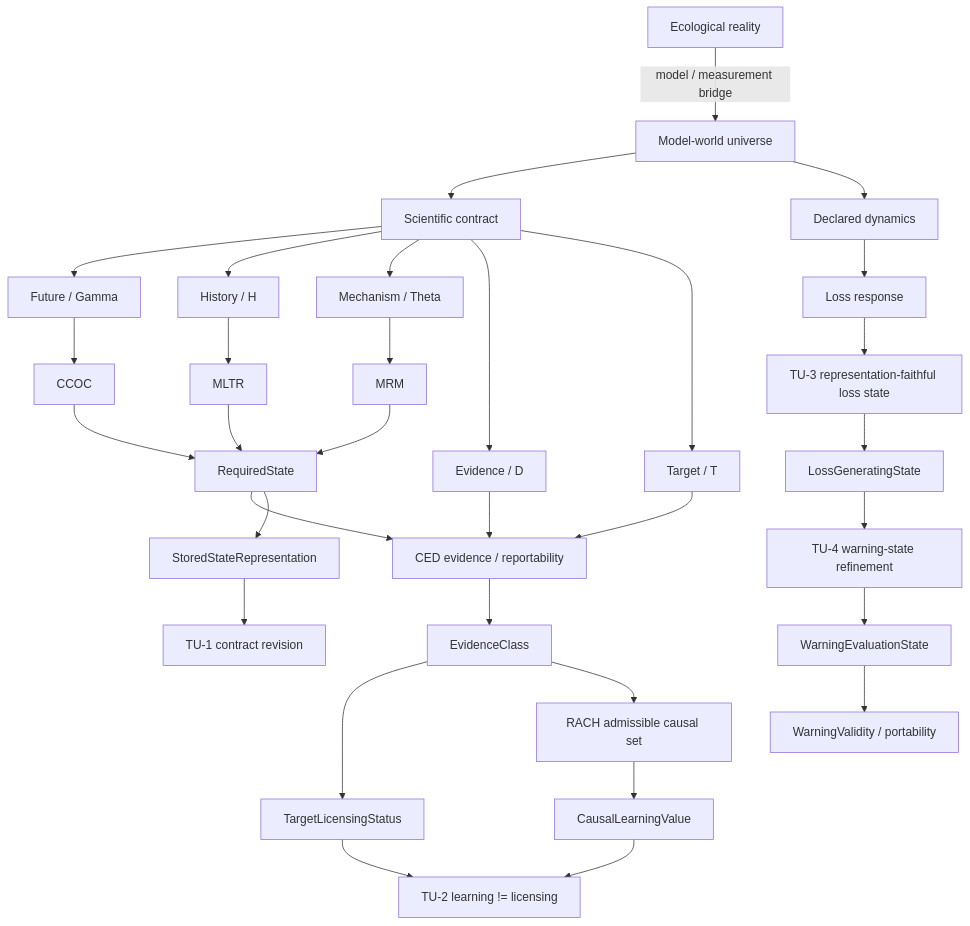
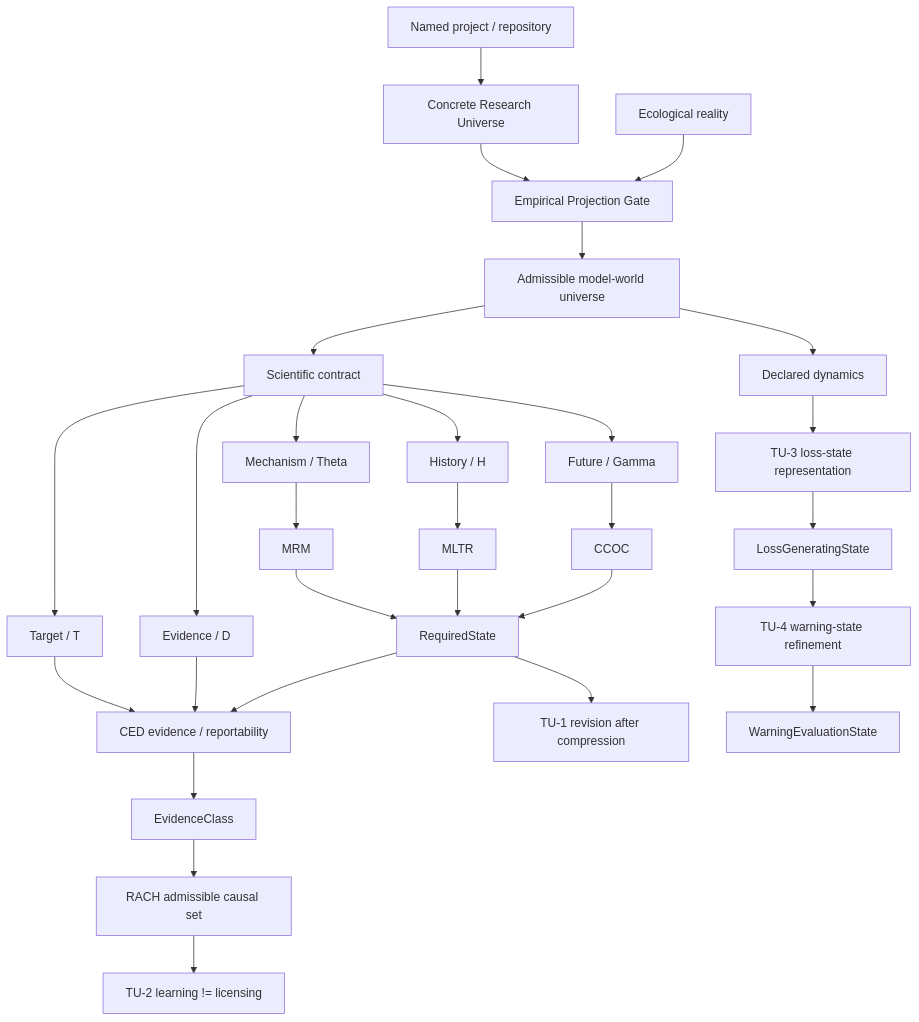
One commit to zuizui0223/theouni changed the diagram in README.md. Above: the diagram before and after it, drawn with Mermaid. The commit also changed other lines of this file, not shown here.

Commit message:
Expose four-layer theoretical and concrete research architecture

````diff
--- a/README.md
+++ b/README.md
@@ -28,39 +45,37 @@
 ```mermaid
 flowchart TD
-    R[Ecological reality] -->|model / measurement bridge| W[Model-world universe]
+    R[Ecological reality] --> GATE[Empirical Projection Gate]
+    GATE --> W[Admissible model-world universe]
     W --> C[Scientific contract]
 
     C --> G[Future / Gamma]
     C --> H[History / H]
     C --> M[Mechanism / Theta]
     C --> D[Evidence / D]
     C --> T[Target / T]
 
     G --> CCOC[CCOC]
     H --> MLTR[MLTR]
     M --> MRM[MRM]
     CCOC --> J[RequiredState]
     MLTR --> J
     MRM --> J
 
     J --> CED[CED evidence / reportability]
     D --> CED
     T --> CED
     CED --> E[EvidenceClass]
-    E --> LIC[TargetLicensingStatus]
     E --> RACH[RACH admissible causal set]
-    RACH --> LEARN[CausalLearningValue]
-    LEARN --> TU2[TU-2 learning != licensing]
-    LIC --> TU2
 
-    J --> STORE[StoredStateRepresentation]
-    STORE --> TU1[TU-1 contract revision]
+    J --> TU1[TU-1 revision after compression]
+    RACH --> TU2[TU-2 learning != licensing]
 
     W --> DYN[Declared dynamics]
-    DYN --> LR[Loss response]
-    LR --> TU3[TU-3 representation-faithful loss state]
+    DYN --> TU3[TU-3 loss-state representation]
     TU3 --> LS[LossGeneratingState]
     LS --> TU4[TU-4 warning-state refinement]
     TU4 --> WS[WarningEvaluationState]
-    WS --> WV[WarningValidity / portability]
+
+    CR[Concrete Research Universe] --> GATE
+    PORT[Named project / repository] --> CR
 ```
````
